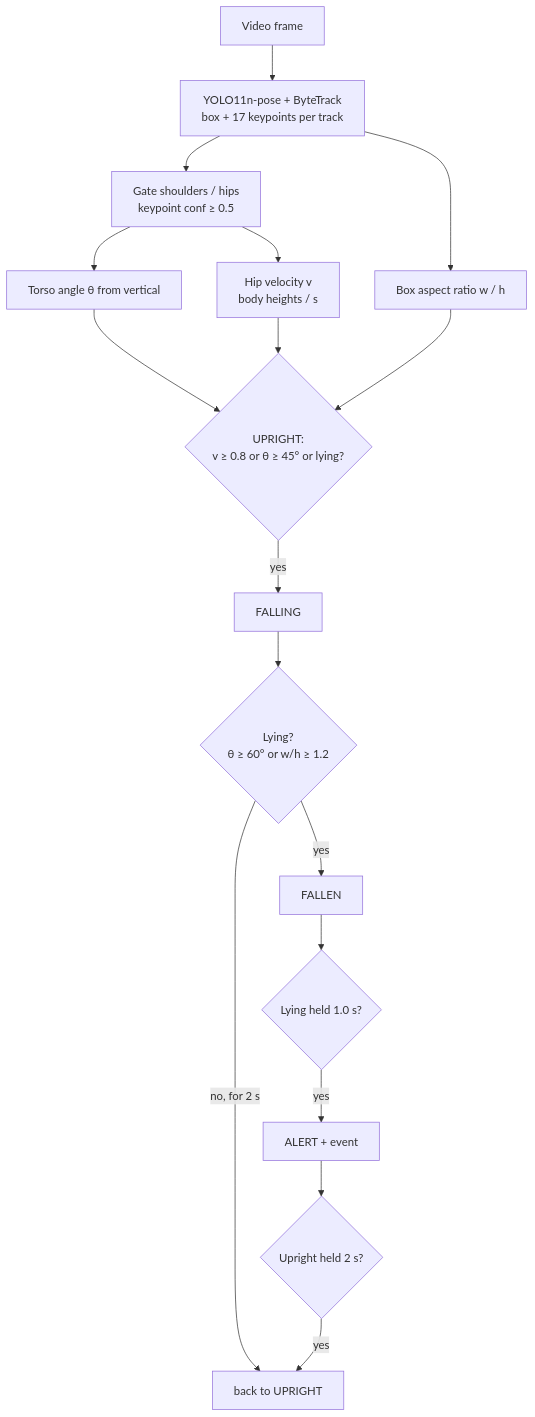
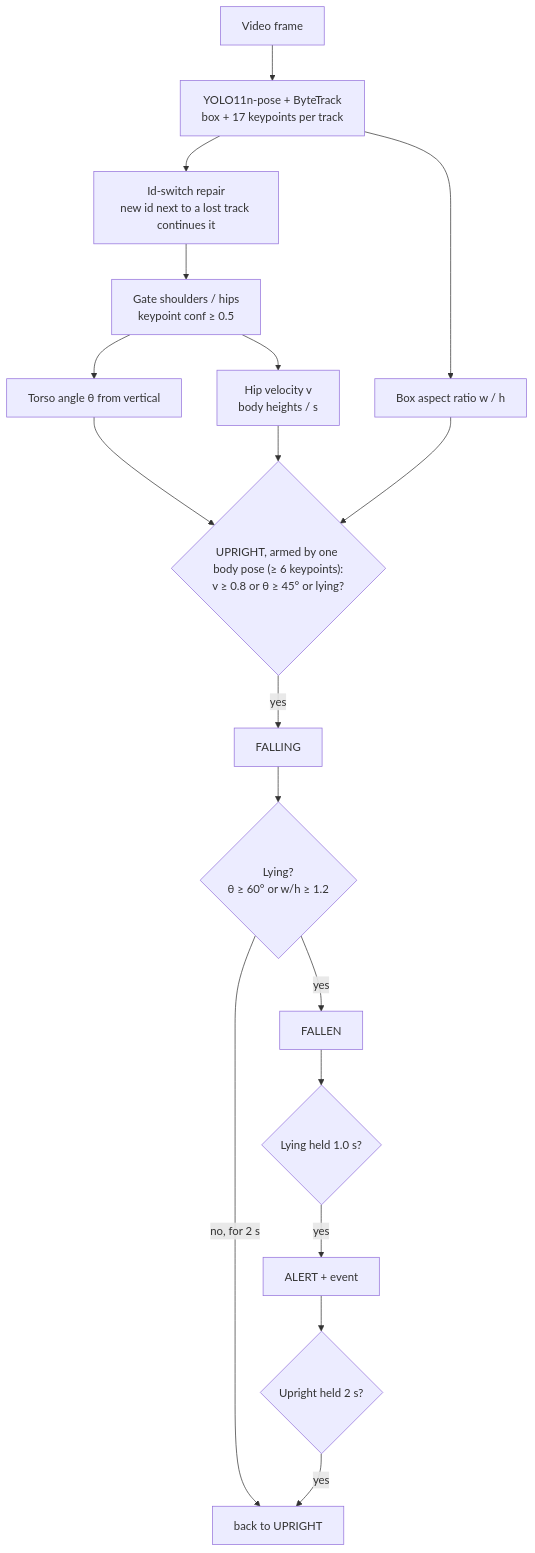
Before and after one commit to karemdm/fall-detection-alert: the diagram in README.md, drawn with Mermaid. The commit also changed other lines of this file and 4 other files, not shown here.

First line of the commit message:
docs: use the recorded demo, per-OS install steps and document the pose gate and id-switch repair

````diff
--- a/README.md
+++ b/README.md
@@ -31,19 +32,20 @@
 ```mermaid
 flowchart TD
     A["Video frame"] --> B["YOLO11n-pose + ByteTrack<br/>box + 17 keypoints per track"]
-    B --> C["Gate shoulders / hips<br/>keypoint conf ≥ 0.5"]
+    B --> S["Id-switch repair<br/>new id next to a lost track continues it"]
+    S --> C["Gate shoulders / hips<br/>keypoint conf ≥ 0.5"]
     C --> D["Torso angle θ from vertical"]
     C --> E["Hip velocity v<br/>body heights / s"]
     B --> F["Box aspect ratio w / h"]
-    D --> G{"UPRIGHT:<br/>v ≥ 0.8 or θ ≥ 45° or lying?"}
+    D --> G{"UPRIGHT, armed by one body pose (≥ 6 keypoints):<br/>v ≥ 0.8 or θ ≥ 45° or lying?"}
     E --> G
     F --> G
     G -- yes --> H["FALLING"]
     H --> I{"Lying?<br/>θ ≥ 60° or w/h ≥ 1.2"}
     I -- "no, for 2 s" --> U["back to UPRIGHT"]
     I -- yes --> J["FALLEN"]
     J --> K{"Lying held 1.0 s?"}
     K -- yes --> L["ALERT + event"]
     L --> M{"Upright held 2 s?"}
     M -- yes --> U
 ```
````
